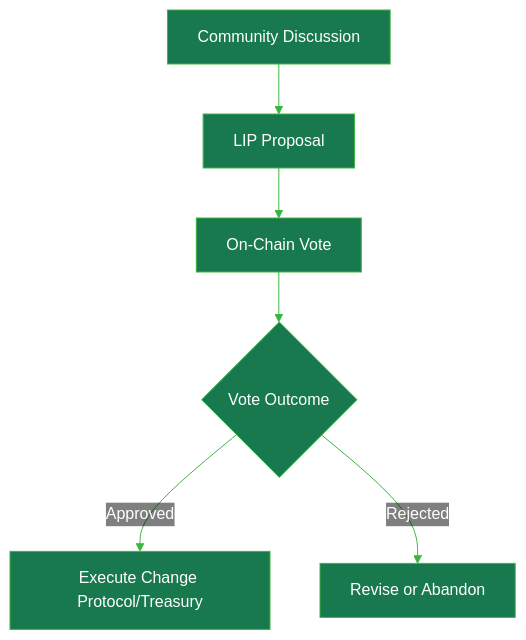
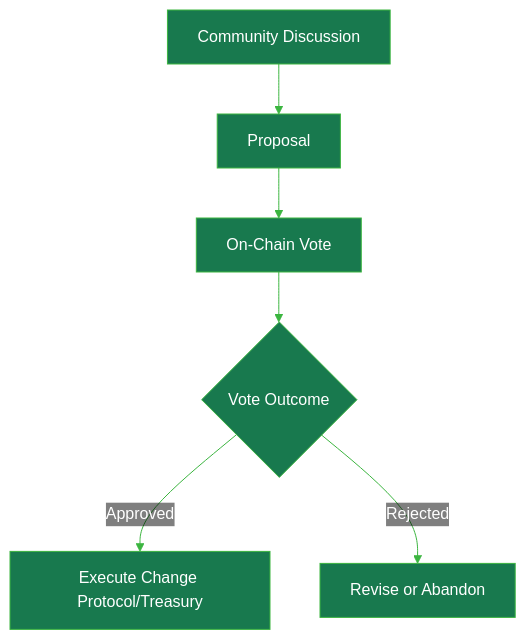
The diagram in v2/about/protocol/governance-and-treasury.mdx (its-DeFine/docs), drawn with Mermaid before and after one commit. The commit also changed other lines of this file and 12 other files, not shown here.

````diff
--- a/v2/about/protocol/governance-and-treasury.mdx
+++ b/v2/about/protocol/governance-and-treasury.mdx
@@ -188,9 +114,9 @@
 ```mermaid
 %%{init: {'theme': 'base', 'themeVariables': {'primaryColor': '#18794E', 'primaryTextColor': '#fff', 'primaryBorderColor': '#3CB540', 'lineColor': '#3CB540', 'mainBkg': '#18794E', 'nodeBorder': '#3CB540', 'clusterBkg': 'transparent', 'clusterBorder': '#3CB540', 'titleColor': '#3CB540', 'edgeLabelBackground': 'transparent', 'textColor': '#3CB540', 'nodeTextColor': '#fff'}}}%%
 flowchart TD
-A[Community Discussion] --> B[LIP Proposal]
+A[Community Discussion] --> B[Proposal]
 B --> C[On-Chain Vote]
 C --> D{Vote Outcome}
 D -- Approved --> E[Execute Change Protocol/Treasury]
 D -- Rejected --> F[Revise or Abandon]
 ```
````
